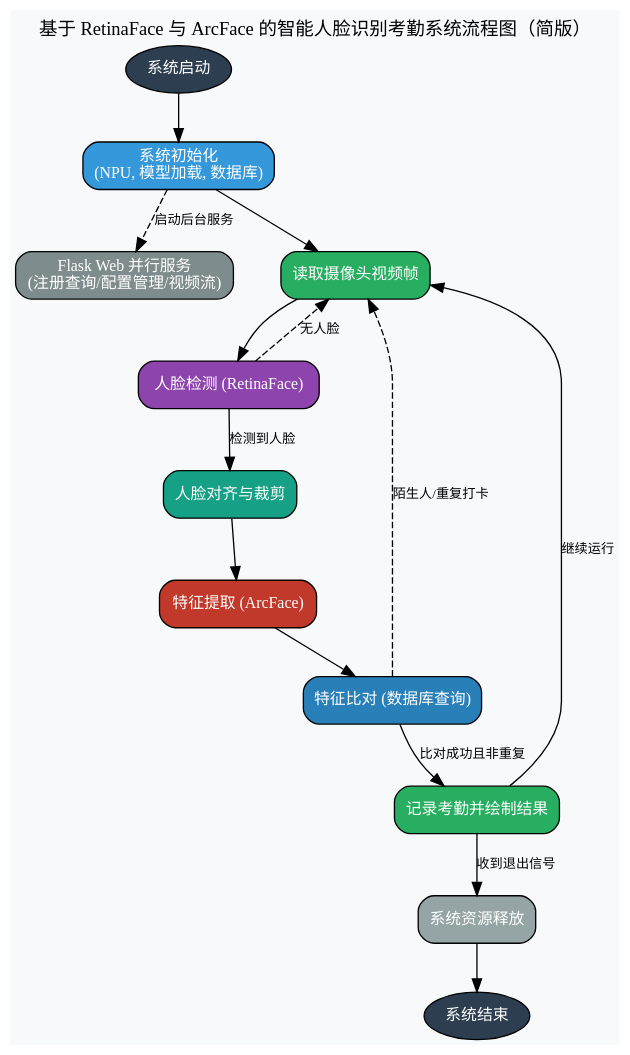
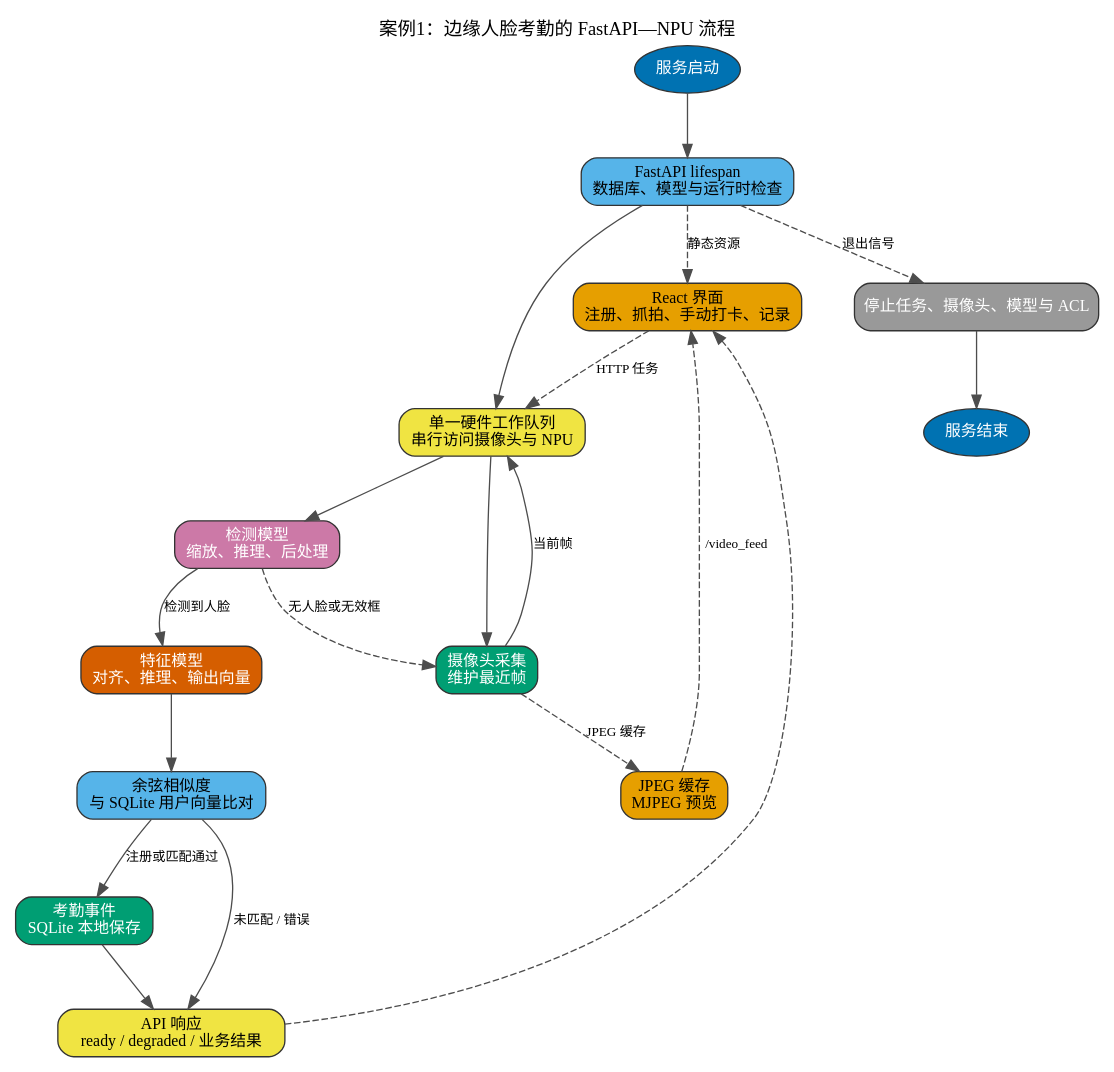
Before and after one commit to zhouxzh/Ascend310: the diagram in src/experiment/img1/case1_flow_simple.dot, drawn with Graphviz. The commit also changed 831 other files, not shown here.

```diff
--- a/src/experiment/img1/case1_flow_simple.dot
+++ b/src/experiment/img1/case1_flow_simple.dot
@@ -1,62 +1,54 @@
-digraph FaceAttendanceSystemSimple {
-    // 全局图属性
+digraph Case1FlowSimple {
     graph [
-        rankdir = TB,
-        fontname = "Microsoft YaHei",
-        fontsize = 14,
-        label = "基于 RetinaFace 与 ArcFace 的智能人脸识别考勤系统流程图（简版）",
-        labelloc = t,
-        splines = spline,
-        nodesep = 0.5,
-        ranksep = 0.5,
-        bgcolor = "#F8F9FA"
+        rankdir=TB,
+        fontname="Microsoft YaHei",
+        fontsize=14,
+        label="案例1：边缘人脸考勤的 FastAPI—NPU 流程",
+        labelloc=t,
+        nodesep=0.55,
+        ranksep=0.65,
+        bgcolor="#FFFFFF"
     ]
 
-    // 全局节点属性
     node [
-        fontname = "Microsoft YaHei",
-        fontsize = 12,
-        style = "filled,rounded",
-        shape = box
+        shape=box,
+        style="filled,rounded",
+        fontname="Microsoft YaHei",
+        fontsize=12,
+        color="#333333"
     ]
+    edge [fontname="Microsoft YaHei", fontsize=10, color="#4D4D4D"]
 
-    // 全局边属性
-    edge [
-        fontname = "Microsoft YaHei",
-        fontsize = 10
-    ]
+    Start [shape=oval, fillcolor="#0072B2", fontcolor=white, label="服务启动"]
+    Init [fillcolor="#56B4E9", label="FastAPI lifespan\n数据库、模型与运行时检查"]
+    UI [fillcolor="#E69F00", label="React 界面\n注册、抓拍、手动打卡、记录"]
+    Camera [fillcolor="#009E73", fontcolor=white, label="摄像头采集\n维护最近帧"]
+    Queue [fillcolor="#F0E442", label="单一硬件工作队列\n串行访问摄像头与 NPU"]
+    Detect [fillcolor="#CC79A7", fontcolor=white, label="检测模型\n缩放、推理、后处理"]
+    Embed [fillcolor="#D55E00", fontcolor=white, label="特征模型\n对齐、推理、输出向量"]
+    Match [fillcolor="#56B4E9", label="余弦相似度\n与 SQLite 用户向量比对"]
+    Record [fillcolor="#009E73", fontcolor=white, label="考勤事件\nSQLite 本地保存"]
+    Stream [fillcolor="#E69F00", label="JPEG 缓存\nMJPEG 预览"]
+    Health [fillcolor="#F0E442", label="API 响应\nready / degraded / 业务结果"]
+    Stop [fillcolor="#999999", fontcolor=white, label="停止任务、摄像头、模型与 ACL"]
+    End [shape=oval, fillcolor="#0072B2", fontcolor=white, label="服务结束"]
 
-    // ─── 节点定义 ───
-    Start [shape = oval, fillcolor = "#2C3E50", fontcolor = white, style = filled, label = "系统启动"]
-    End   [shape = oval, fillcolor = "#2C3E50", fontcolor = white, style = filled, label = "系统结束"]
-
-    Init     [fillcolor = "#3498DB", fontcolor = white, label = "系统初始化\n(NPU, 模型加载, 数据库)"]
-    Web      [fillcolor = "#7F8C8D", fontcolor = white, label = "Flask Web 并行服务\n(注册查询/配置管理/视频流)"]
-    
-    Capture  [fillcolor = "#27AE60", fontcolor = white, label = "读取摄像头视频帧"]
-    Detect   [fillcolor = "#8E44AD", fontcolor = white, label = "人脸检测 (RetinaFace)"]
-    Align    [fillcolor = "#16A085", fontcolor = white, label = "人脸对齐与裁剪"]
-    Extract  [fillcolor = "#C0392B", fontcolor = white, label = "特征提取 (ArcFace)"]
-    Match    [fillcolor = "#2980B9", fontcolor = white, label = "特征比对 (数据库查询)"]
-    Record   [fillcolor = "#27AE60", fontcolor = white, label = "记录考勤并绘制结果"]
-    Release  [fillcolor = "#95A5A6", fontcolor = white, label = "系统资源释放"]
-
-    // ─── 流程连接 ───
     Start -> Init
-    Init -> Web [style = dashed, label = "启动后台服务"]
-    Init -> Capture
-    
-    Capture -> Detect
-    Detect -> Align [label = "检测到人脸"]
-    Detect -> Capture [style = dashed, label = "无人脸"]
-    
-    Align -> Extract
-    Extract -> Match
-    Match -> Record [label = "比对成功且非重复"]
-    Match -> Capture [style = dashed, label = "陌生人/重复打卡"]
-    
-    Record -> Capture [label = "继续运行"]
-    Record -> Release [label = "收到退出信号"]
-    
-    Release -> End
+    Init -> Queue
+    Init -> UI [style=dashed, label="静态资源"]
+    Queue -> Camera
+    Camera -> Queue [label="当前帧"]
+    Queue -> Detect
+    Detect -> Embed [label="检测到人脸"]
+    Detect -> Camera [style=dashed, label="无人脸或无效框"]
+    Embed -> Match
+    Match -> Record [label="注册或匹配通过"]
+    Match -> Health [label="未匹配 / 错误"]
+    Record -> Health
+    Camera -> Stream [style=dashed, label="JPEG 缓存"]
+    Stream -> UI [style=dashed, label="/video_feed"]
+    UI -> Queue [style=dashed, label="HTTP 任务"]
+    Health -> UI [style=dashed, constraint=false]
+    Init -> Stop [style=dashed, label="退出信号"]
+    Stop -> End
 }
```
